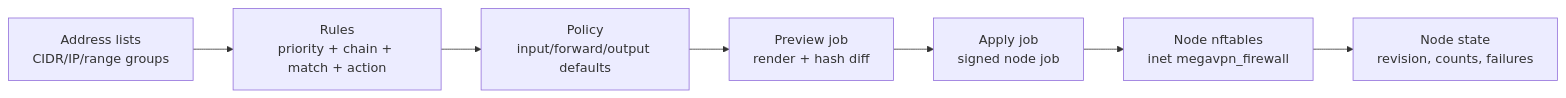
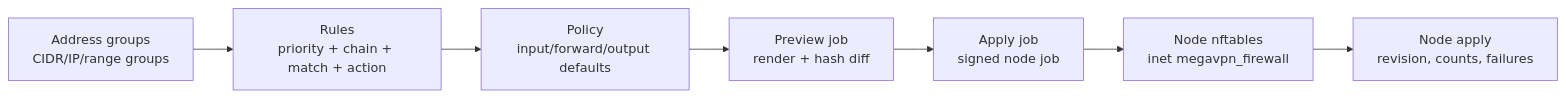
One commit to rtis-emc2/megavpn changed the diagram in docs/FIREWALL.md. Above: the diagram before and after it, drawn with Mermaid. The commit also changed other lines of this file and 34 other files, not shown here.

````diff
--- a/docs/FIREWALL.md
+++ b/docs/FIREWALL.md
@@ -15,9 +16,9 @@
 ```mermaid
 flowchart LR
-  A["Address lists\nCIDR/IP/range groups"] --> B["Rules\npriority + chain + match + action"]
+  A["Address groups\nCIDR/IP/range groups"] --> B["Rules\npriority + chain + match + action"]
   B --> C["Policy\ninput/forward/output defaults"]
   C --> D["Preview job\nrender + hash diff"]
   D --> E["Apply job\nsigned node job"]
   E --> F["Node nftables\ninet megavpn_firewall"]
-  F --> G["Node state\nrevision, counts, failures"]
+  F --> G["Node apply\nrevision, counts, failures"]
 ```
````
